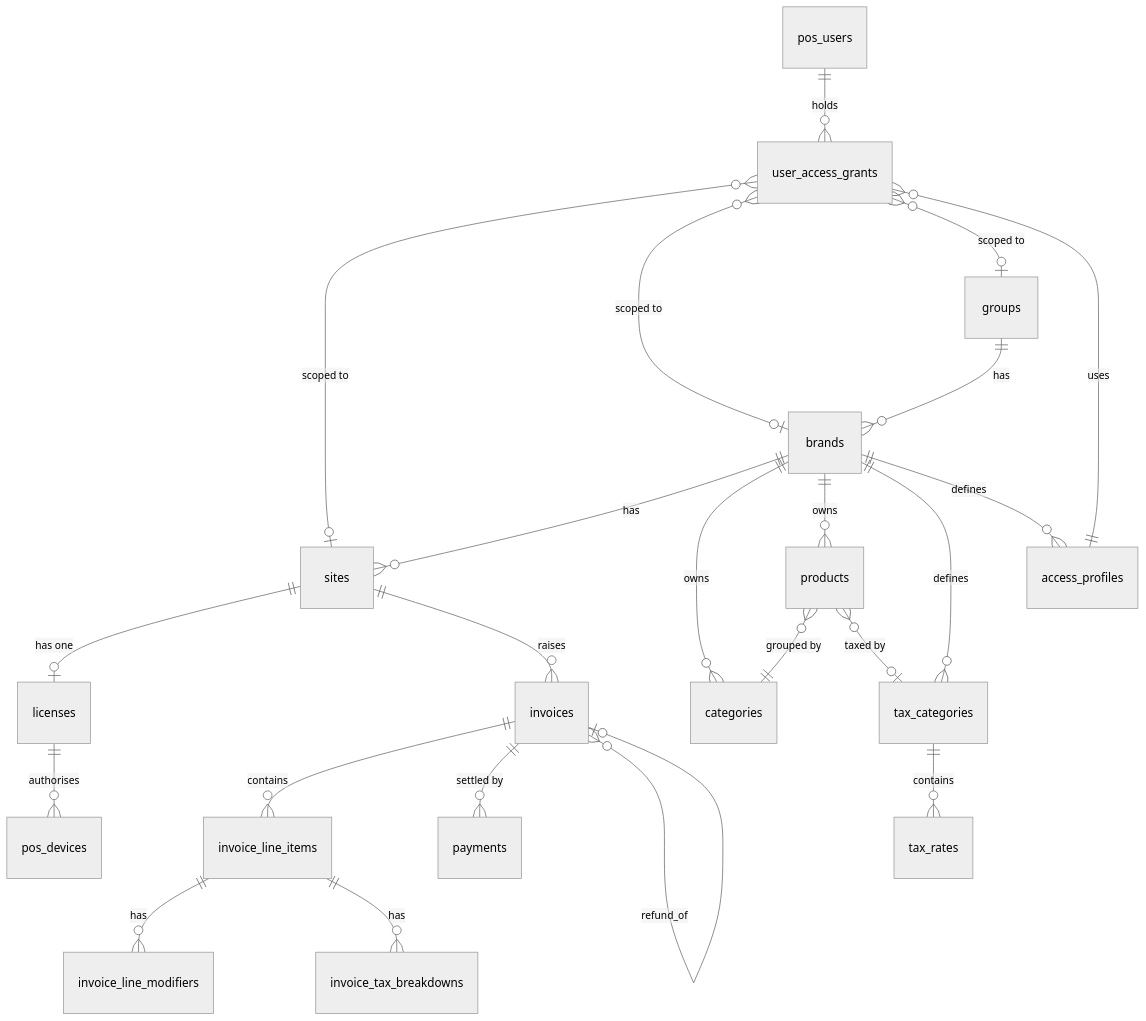
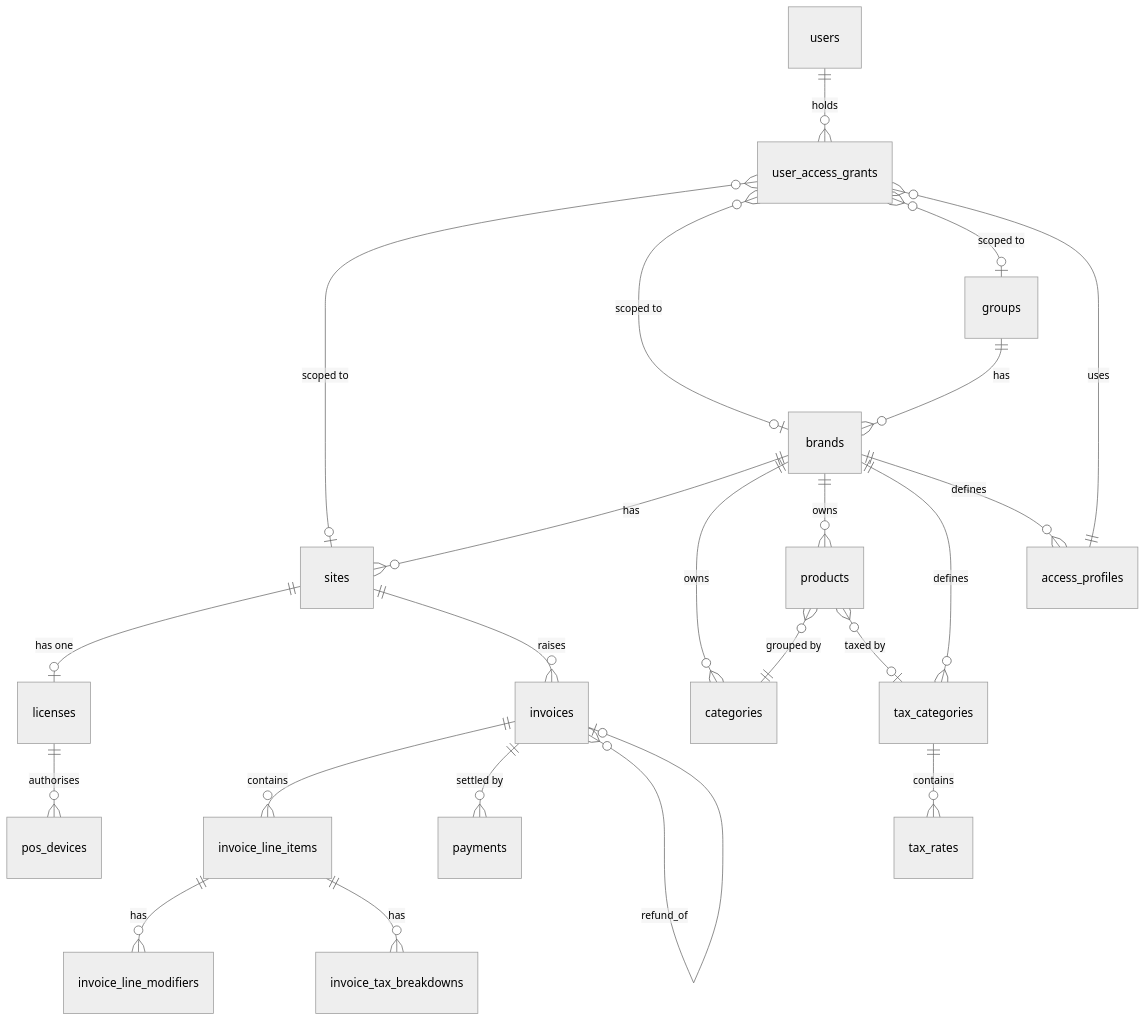
The diagram in DATA_MODEL.md (haydendavies-jpg/ZedRead), drawn with Mermaid (neutral theme) before and after one commit. The commit also changed other lines of this file and 73 other files, not shown here.

````diff
--- a/DATA_MODEL.md
+++ b/DATA_MODEL.md
@@ -9,25 +9,25 @@
 ```mermaid
 erDiagram
     groups ||--o{ brands : "has"
     brands ||--o{ sites : "has"
     sites ||--o| licenses : "has one"
     licenses ||--o{ pos_devices : "authorises"
     brands ||--o{ categories : "owns"
     brands ||--o{ products : "owns"
     products }o--|| categories : "grouped by"
     products }o--o| tax_categories : "taxed by"
     brands ||--o{ tax_categories : "defines"
     tax_categories ||--o{ tax_rates : "contains"
     brands ||--o{ access_profiles : "defines"
-    pos_users ||--o{ user_access_grants : "holds"
+    users ||--o{ user_access_grants : "holds"
     user_access_grants }o--o| sites : "scoped to"
     user_access_grants }o--o| brands : "scoped to"
     user_access_grants }o--o| groups : "scoped to"
     user_access_grants }o--|| access_profiles : "uses"
     sites ||--o{ invoices : "raises"
     invoices ||--o{ invoice_line_items : "contains"
     invoice_line_items ||--o{ invoice_line_modifiers : "has"
     invoice_line_items ||--o{ invoice_tax_breakdowns : "has"
     invoices ||--o{ payments : "settled by"
     invoices }o--o| invoices : "refund_of"
 ```
````
